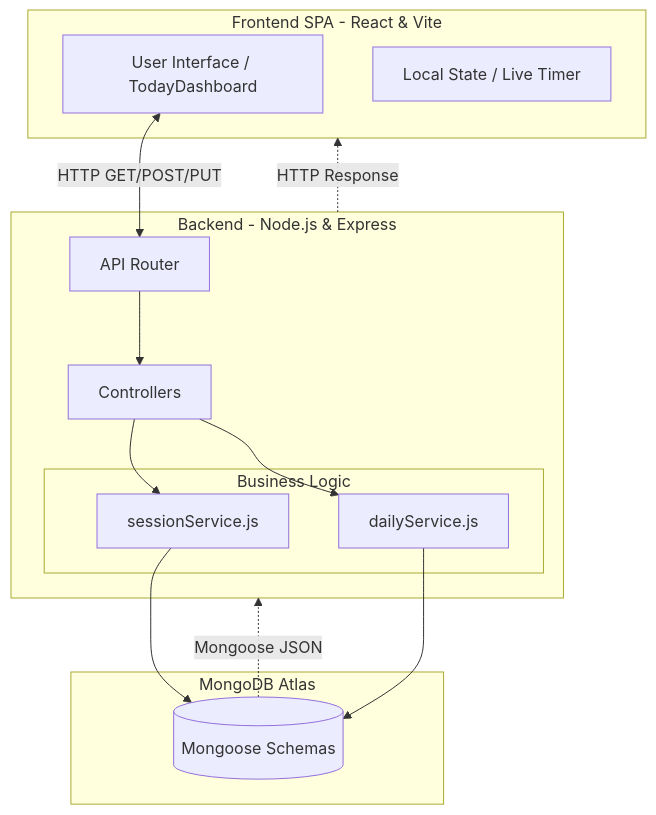
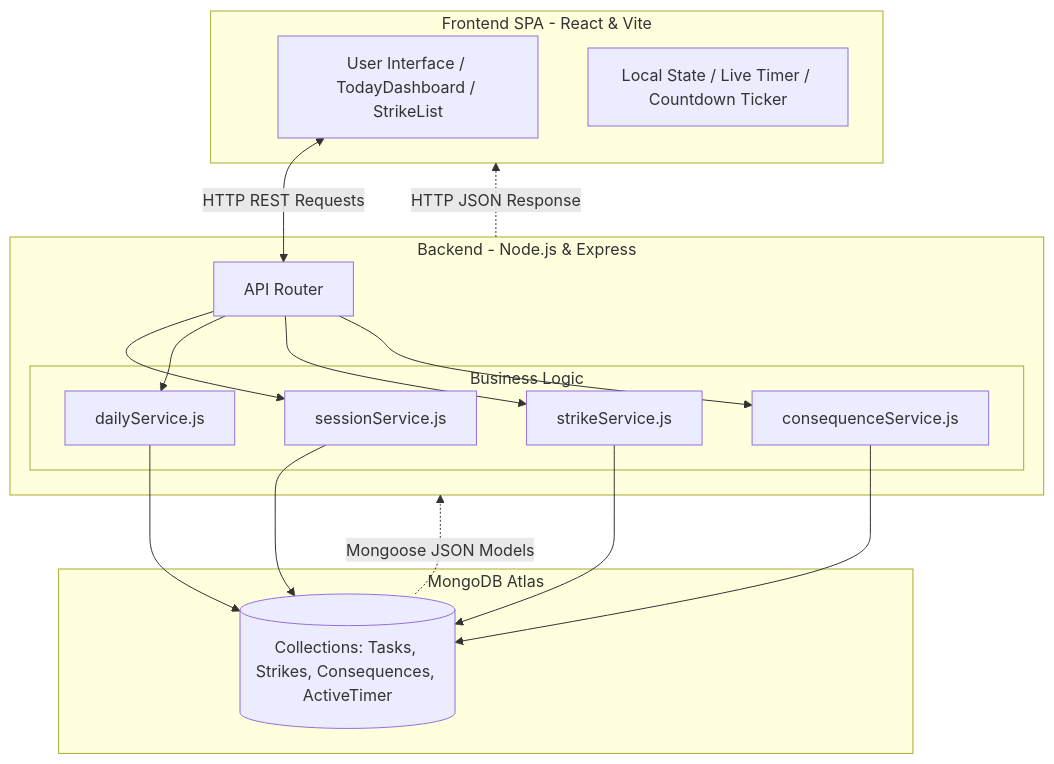
The first of 4 diagrams in notes.md (sudhanshu-SID/Get-It-Done), drawn with Mermaid before and after one commit. The commit also changed other lines of this file, not shown here.

Commit message:
docs: update notes.md with penalty tracker, batch strike resolution, and timer architecture

````diff
--- a/notes.md
+++ b/notes.md
@@ -100,29 +121,33 @@
 ```mermaid
 flowchart TD
     subgraph Client [Frontend SPA - React & Vite]
-        UI[User Interface / TodayDashboard]
-        State[Local State / Live Timer]
+        UI[User Interface / TodayDashboard / StrikeList]
+        State[Local State / Live Timer / Countdown Ticker]
     end
 
     subgraph Server [Backend - Node.js & Express]
         Router[API Router]
-        Controllers[Controllers]
         subgraph Services [Business Logic]
             SessionSvc[sessionService.js]
             DailySvc[dailyService.js]
+            StrikeSvc[strikeService.js]
+            ConsequenceSvc[consequenceService.js]
         end
     end
 
     subgraph Database [MongoDB Atlas]
-        DB[(Mongoose Schemas)]
+        DB[(Collections: Tasks, Strikes, Consequences, ActiveTimer)]
     end
 
-    UI <-->|HTTP GET/POST/PUT| Router
-    Router --> Controllers
-    Controllers --> SessionSvc
-    Controllers --> DailySvc
+    UI <-->|HTTP REST Requests| Router
+    Router --> SessionSvc
+    Router --> DailySvc
+    Router --> StrikeSvc
+    Router --> ConsequenceSvc
     SessionSvc --> DB
     DailySvc --> DB
-    DB -.->|Mongoose JSON| Server
-    Server -.->|HTTP Response| Client
+    StrikeSvc --> DB
+    ConsequenceSvc --> DB
+    DB -.->|Mongoose JSON Models| Server
+    Server -.->|HTTP JSON Response| Client
 ```
````
